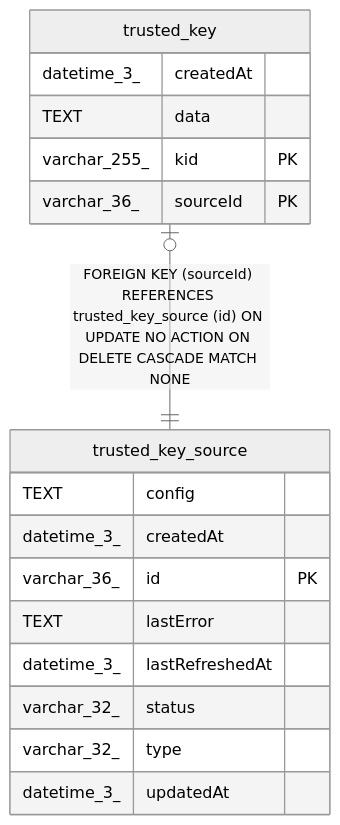
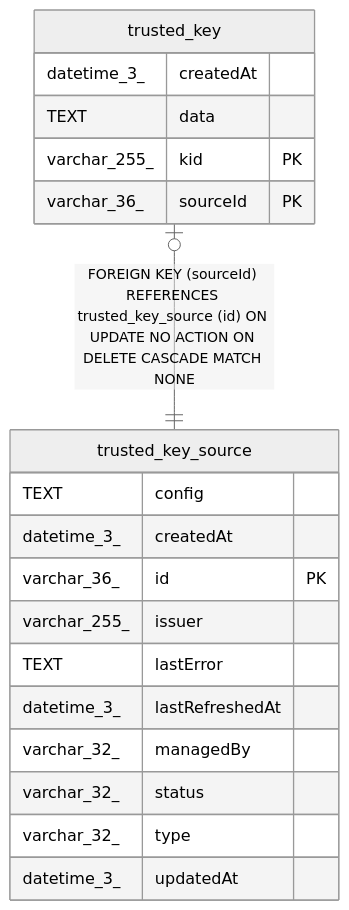
The diagram in docs/generated/sqlite-schema/trusted_key.md (mayankjain1815-commits/n8n), drawn with Mermaid (neutral theme) before and after one commit. The commit also changed 21 other files, not shown here.

````diff
--- a/docs/generated/sqlite-schema/trusted_key.md
+++ b/docs/generated/sqlite-schema/trusted_key.md
@@ -40,22 +40,24 @@
 ```mermaid
 erDiagram
 
 "trusted_key" |o--|| "trusted_key_source" : "FOREIGN KEY (sourceId) REFERENCES trusted_key_source (id) ON UPDATE NO ACTION ON DELETE CASCADE MATCH NONE"
 
 "trusted_key" {
   datetime_3_ createdAt
   TEXT data
   varchar_255_ kid PK
   varchar_36_ sourceId PK
 }
 "trusted_key_source" {
   TEXT config
   datetime_3_ createdAt
   varchar_36_ id PK
+  varchar_255_ issuer
   TEXT lastError
   datetime_3_ lastRefreshedAt
+  varchar_32_ managedBy
   varchar_32_ status
   varchar_32_ type
   datetime_3_ updatedAt
 }
 ```
````
